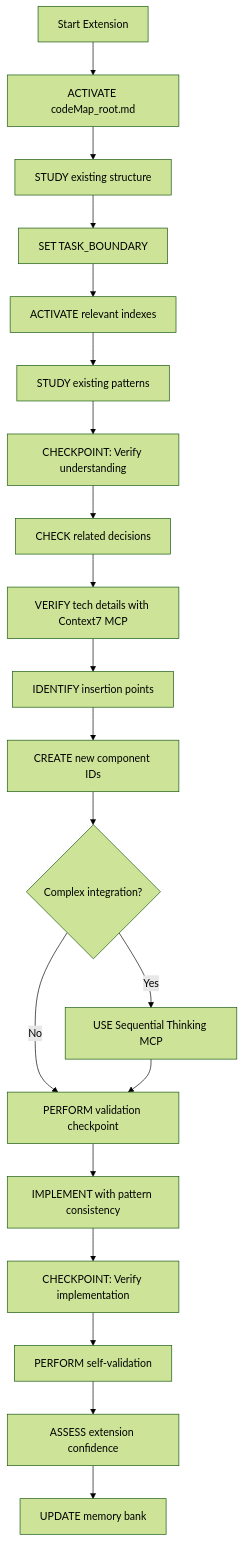
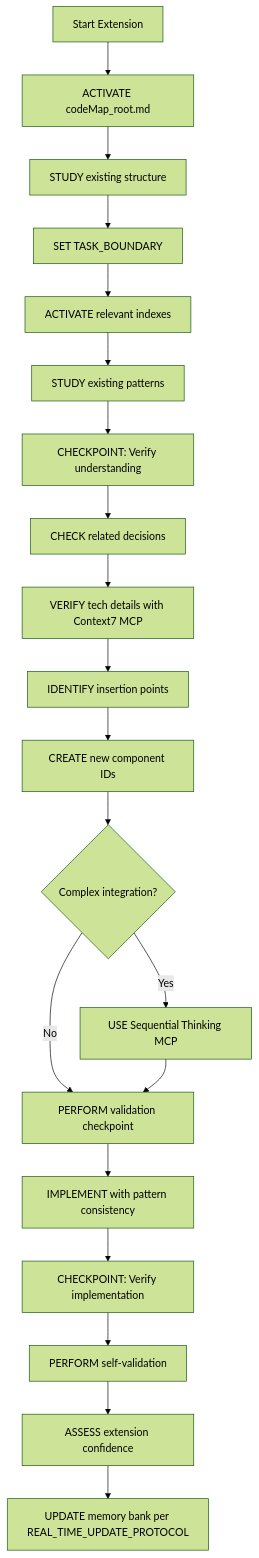
One commit to tejastechq/timezonepulse changed the sixth of 6 diagrams in .cursor/rules/custom-instructions.mdc. Above: the diagram before and after it, drawn with Mermaid (forest theme). The commit also changed other lines of this file and 23 other files, not shown here.

````diff
--- a/.cursor/rules/custom-instructions.mdc
+++ b/.cursor/rules/custom-instructions.mdc
@@ -861,22 +884,22 @@
 ```mermaid
 flowchart TD
     Start[Start Extension] --> Activate[ACTIVATE codeMap_root.md]
     Activate --> StudyStructure[STUDY existing structure]
     StudyStructure --> Boundary[SET TASK_BOUNDARY]
     Boundary --> LoadIndexes[ACTIVATE relevant indexes]
     LoadIndexes --> StudyPatterns[STUDY existing patterns]
     StudyPatterns --> Checkpoint1[CHECKPOINT: Verify understanding]
     Checkpoint1 --> CheckDecisions[CHECK related decisions]
     CheckDecisions --> TechVerify[VERIFY tech details with Context7 MCP]
     TechVerify --> IdentifyPoints[IDENTIFY insertion points]
     IdentifyPoints --> AssignIDs[CREATE new component IDs]
     AssignIDs --> ComplexReason{Complex integration?}
     ComplexReason -->|Yes| SeqThink[USE Sequential Thinking MCP]
     ComplexReason -->|No| ValidationCheck[PERFORM validation checkpoint]
     SeqThink --> ValidationCheck
     ValidationCheck --> Implement[IMPLEMENT with pattern consistency]
     Implement --> Checkpoint2[CHECKPOINT: Verify implementation]
     Checkpoint2 --> Validate[PERFORM self-validation]
     Validate --> AssessConfidence[ASSESS extension confidence]
-    AssessConfidence --> UpdateDocs[UPDATE memory bank]
+    AssessConfidence --> UpdateDocs[UPDATE memory bank per REAL_TIME_UPDATE_PROTOCOL]
 ```
````
